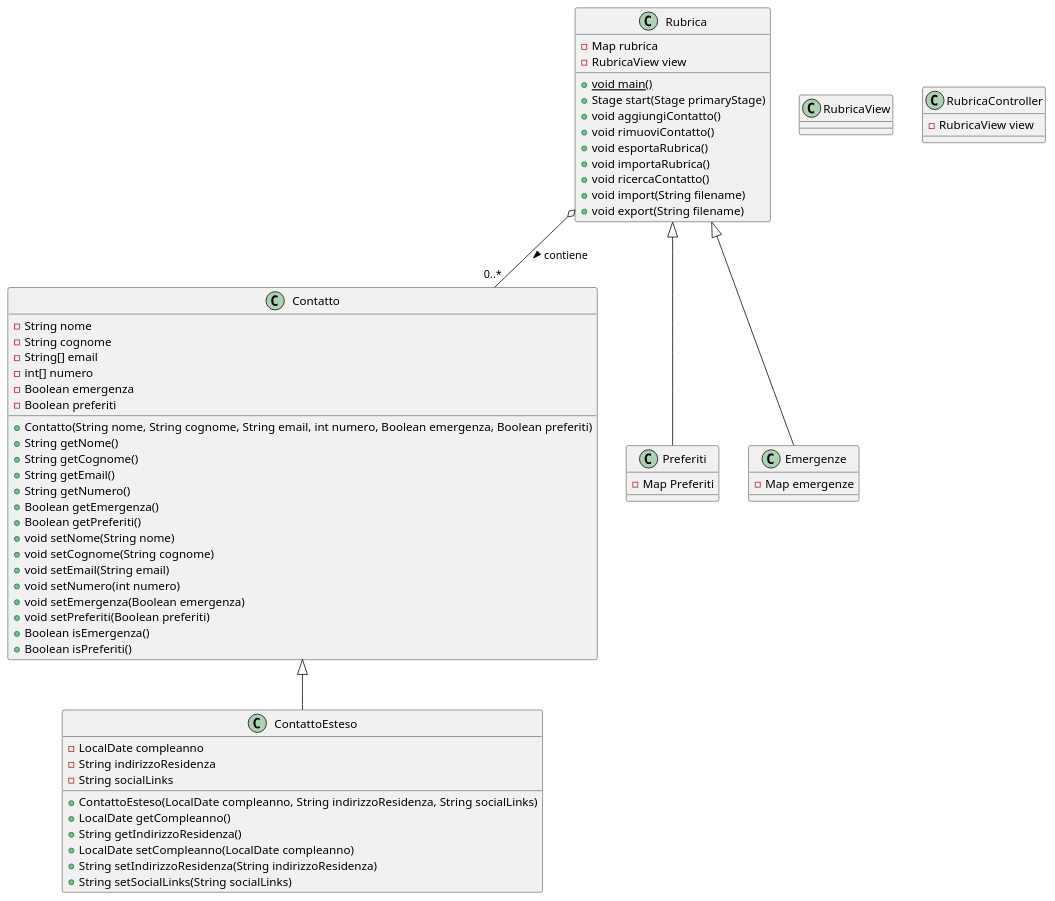
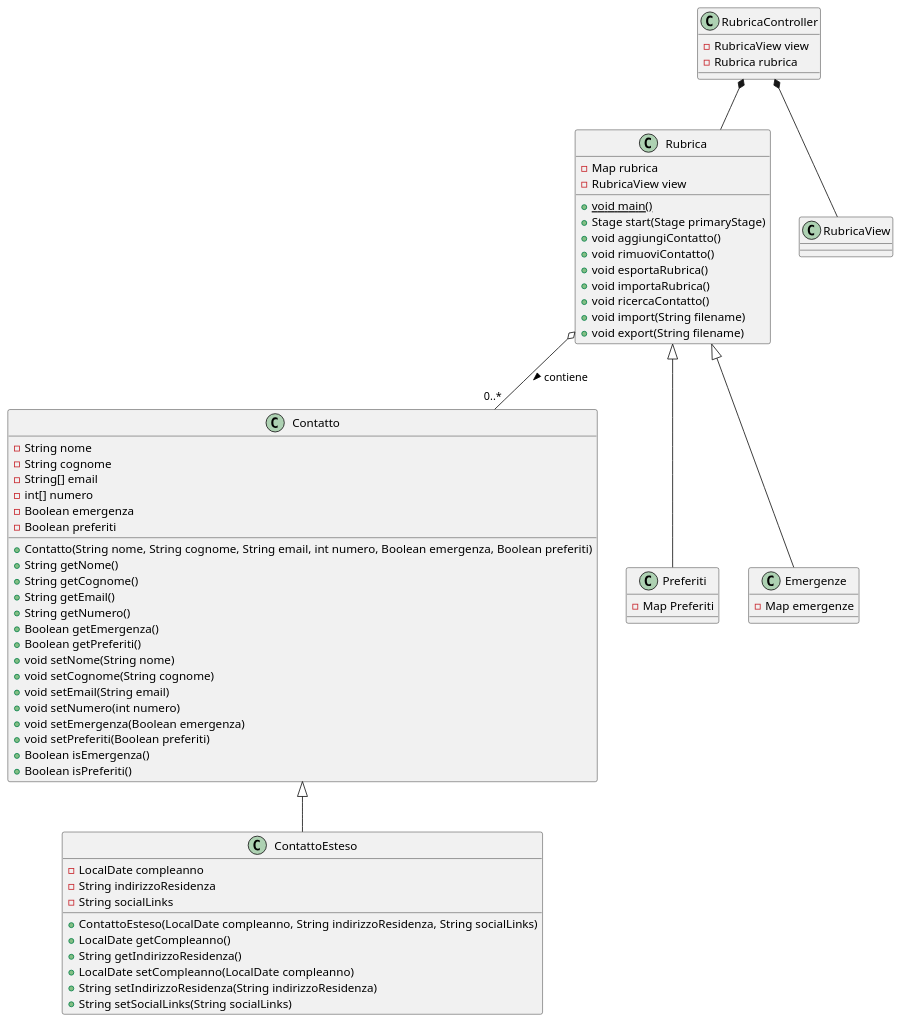
One commit to emanueletocci/uni-swe-project changed the diagram in docs/bozze/Diagrammi/Classi/DiagrammiClassi.puml. Above: the diagram before and after it, drawn with PlantUML.

Commit message:
aggiunta dipendenza model-controller e controller-view (da ricontrollare)

```diff
--- a/docs/bozze/Diagrammi/Classi/DiagrammiClassi.puml
+++ b/docs/bozze/Diagrammi/Classi/DiagrammiClassi.puml
@@ -1,67 +1,75 @@
 @startuml
 class Contatto {
   - String nome
   - String cognome
   - String[] email
   - int[] numero
   - Boolean emergenza
   - Boolean preferiti
   + Contatto(String nome, String cognome, String email, int numero, Boolean emergenza, Boolean preferiti)
   + String getNome()
   + String getCognome()
   + String getEmail()
   + String getNumero()
   + Boolean getEmergenza()
   + Boolean getPreferiti()
   + void setNome(String nome)
   + void setCognome(String cognome)
   + void setEmail(String email)
   + void setNumero(int numero)
   + void setEmergenza(Boolean emergenza)
   + void setPreferiti(Boolean preferiti)
   + Boolean isEmergenza()
   + Boolean isPreferiti()
+}
 
-}
 class ContattoEsteso {
   - LocalDate compleanno
   - String indirizzoResidenza
   - String socialLinks
   + ContattoEsteso(LocalDate compleanno, String indirizzoResidenza, String socialLinks)
   + LocalDate getCompleanno()
   + String getIndirizzoResidenza()
   + LocalDate setCompleanno(LocalDate compleanno)
   + String setIndirizzoResidenza(String indirizzoResidenza)
   + String setSocialLinks(String socialLinks)
 }
+
 class Rubrica {
   - Map rubrica
   - RubricaView view
   + void {static} main()
   + Stage start(Stage primaryStage)
   + void aggiungiContatto()
   + void rimuoviContatto()
   + void esportaRubrica()
   + void importaRubrica()
   + void ricercaContatto()
   + void import(String filename)
   + void export(String filename)
 }
 
 class Preferiti {
   - Map Preferiti
 }
+
 class Emergenze {
   - Map emergenze
 }
 
-class RubricaView
-class RubricaController{
+class RubricaView {
+
+}
+
+class RubricaController {
   - RubricaView view
+  - Rubrica rubrica
 }
 
 Contatto <|-- ContattoEsteso
+Rubrica o-- "0..*" Contatto : contiene >
 Rubrica <|-- Preferiti
 Rubrica <|-- Emergenze
-Rubrica o-- "0..*" Contatto : contiene >
+RubricaController *-- Rubrica
+RubricaController *-- RubricaView
 @enduml
```
